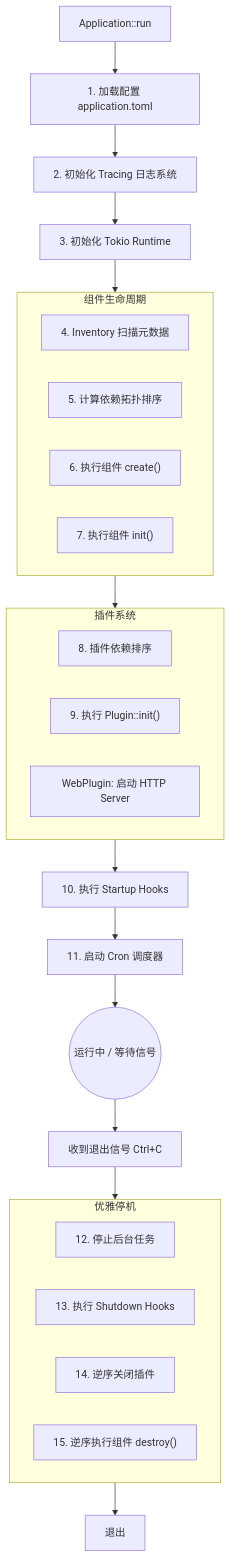
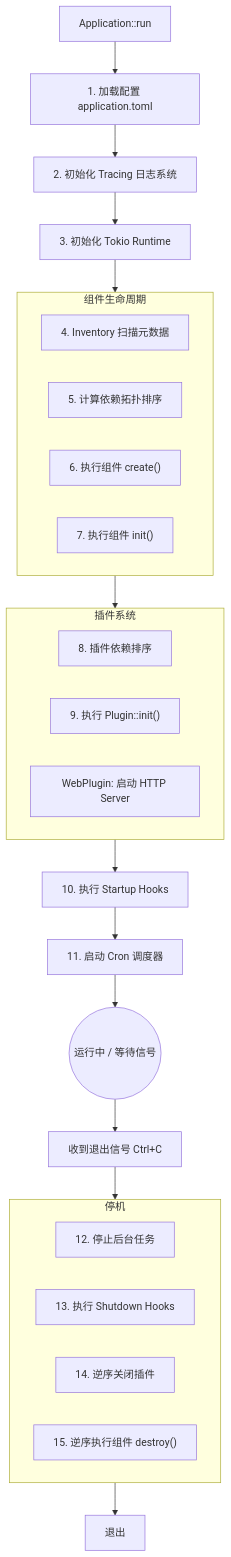
Before and after one commit to ruofeng611/simple-starter: the diagram in README.md, drawn with Mermaid. The commit also changed other lines of this file and 15 other files, not shown here.

````diff
--- a/README.md
+++ b/README.md
@@ -174,39 +215,39 @@
 ```mermaid
 graph TD
     Start[Application::run] --> LoadConfig[1. 加载配置 application.toml]
     LoadConfig --> InitLog[2. 初始化 Tracing 日志系统]
     InitLog --> InitRuntime[3. 初始化 Tokio Runtime]
 
     subgraph ComponentLifecycle [组件生命周期]
         Scan[4. Inventory 扫描元数据]
         TopoSort[5. 计算依赖拓扑排序]
         Create["6. 执行组件 create()"]
         Init["7. 执行组件 init()"]
     end
 
     InitRuntime --> ComponentLifecycle
 
     subgraph Plugins [插件系统]
         PluginSort[8. 插件依赖排序]
         PluginInit["9. 执行 Plugin::init()"]
         WebStart[WebPlugin: 启动 HTTP Server]
     end
 
     ComponentLifecycle --> Plugins
     Plugins --> Hooks[10. 执行 Startup Hooks]
     Hooks --> Scheduler[11. 启动 Cron 调度器]
 
     Scheduler --> Running(("运行中 / 等待信号"))
 
     Running --> Signal[收到退出信号 Ctrl+C]
 
-    subgraph Shutdown [优雅停机]
+    subgraph Shutdown [停机]
         StopTasks[12. 停止后台任务]
         ShutdownHooks[13. 执行 Shutdown Hooks]
         PluginStop[14. 逆序关闭插件]
         DestroyCom["15. 逆序执行组件 destroy()"]
     end
 
     Signal --> Shutdown
     Shutdown --> End[退出]
 ```
````
